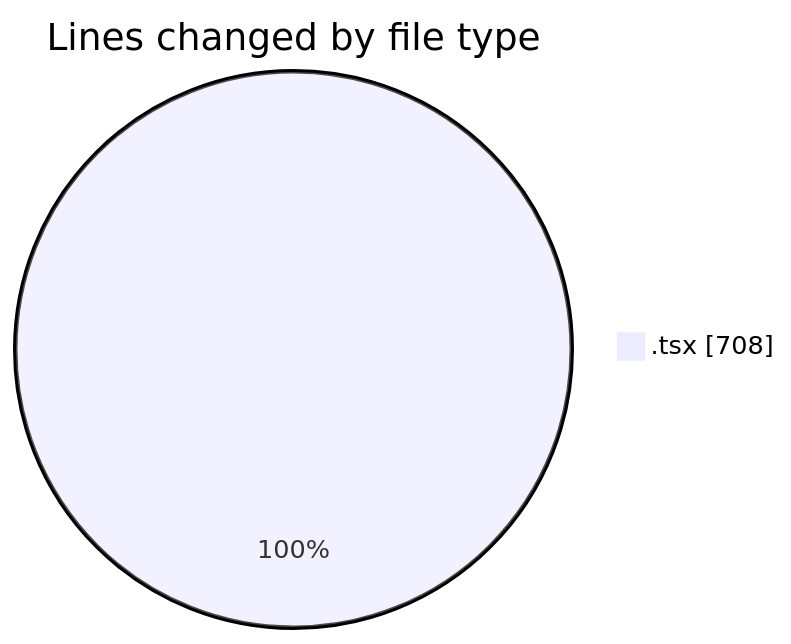
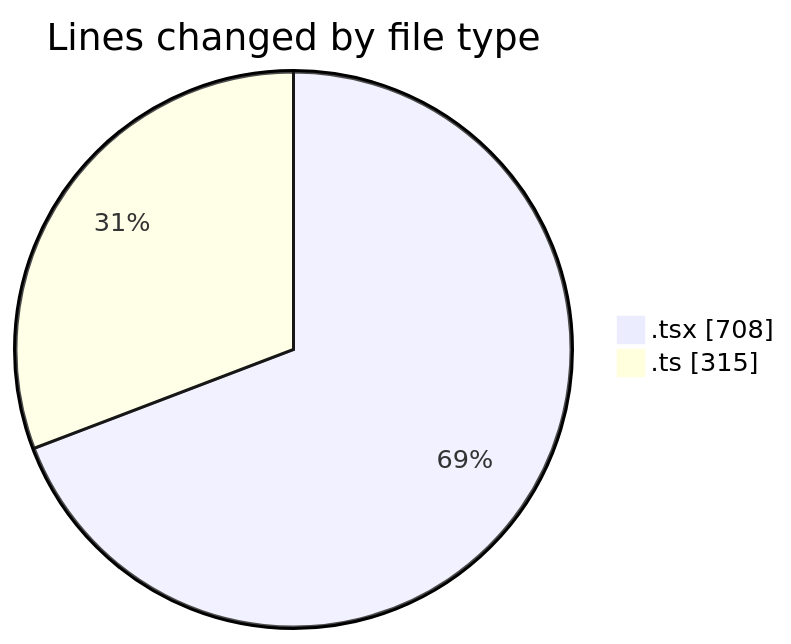
Before and after one commit to nxtqubesakshisongat/code-tracking: the first of 2 diagrams in 2026-02-13/nxtqube_webapp/README.md, drawn with Mermaid. The commit also changed other lines of this file and 1 other file, not shown here.

````diff
--- a/2026-02-13/nxtqube_webapp/README.md
+++ b/2026-02-13/nxtqube_webapp/README.md
@@ -20,5 +21,6 @@
 ```mermaid
 pie showData
 title Lines changed by file type
 ".tsx" : 708
+".ts" : 315
 ```
````
